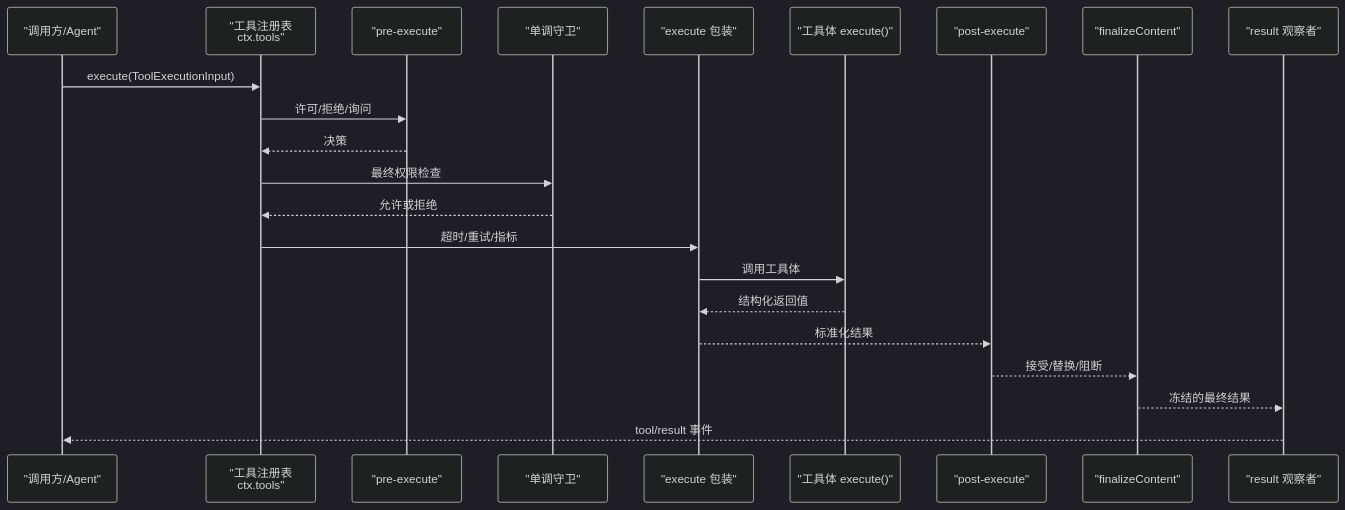
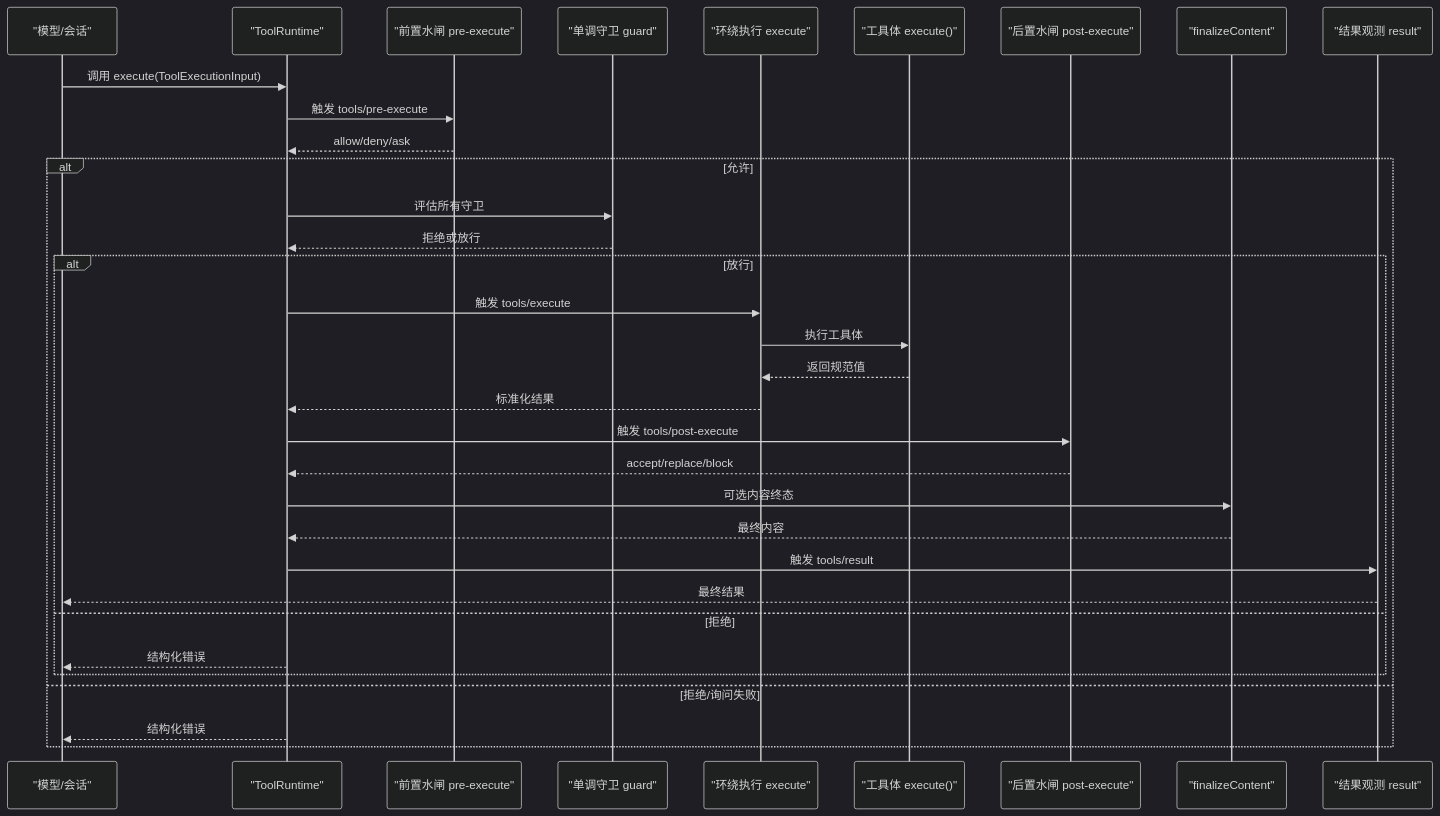
Before and after one commit to gongzili456/deepseek-harness: the second of 9 diagrams in .qoder/repowiki/zh/content/核心概念/工具系统.md, drawn with Mermaid (dark theme). The commit also changed other lines of this file and 1001 other files, not shown here.

````diff
--- a/.qoder/repowiki/zh/content/核心概念/工具系统.md
+++ b/.qoder/repowiki/zh/content/核心概念/工具系统.md
@@ -78,24 +98,35 @@
 ```mermaid
 sequenceDiagram
-participant M as "调用方/Agent"
-participant R as "工具注册表<br/>ctx.tools"
-participant P as "pre-execute"
-participant G as "单调守卫"
-participant X as "execute 包装"
+participant M as "模型/会话"
+participant R as "ToolRuntime"
+participant P as "前置水闸 pre-execute"
+participant G as "单调守卫 guard"
+participant X as "环绕执行 execute"
 participant T as "工具体 execute()"
-participant Q as "post-execute"
+participant Q as "后置水闸 post-execute"
 participant F as "finalizeContent"
-participant O as "result 观察者"
-M->>R : execute(ToolExecutionInput)
-R->>P : 许可/拒绝/询问
-P-->>R : 决策
-R->>G : 最终权限检查
-G-->>R : 允许或拒绝
-R->>X : 超时/重试/指标
-X->>T : 调用工具体
-T-->>X : 结构化返回值
-X-->>Q : 标准化结果
-Q-->>F : 接受/替换/阻断
-F-->>O : 冻结的最终结果
-O-->>M : tool/result 事件
+participant O as "结果观测 result"
+M->>R : 调用 execute(ToolExecutionInput)
+R->>P : 触发 tools/pre-execute
+P-->>R : allow/deny/ask
+alt 允许
+R->>G : 评估所有守卫
+G-->>R : 拒绝或放行
+alt 放行
+R->>X : 触发 tools/execute
+X->>T : 执行工具体
+T-->>X : 返回规范值
+X-->>R : 标准化结果
+R->>Q : 触发 tools/post-execute
+Q-->>R : accept/replace/block
+R->>F : 可选内容终态
+F-->>R : 最终内容
+R->>O : 触发 tools/result
+O-->>M : 最终结果
+else 拒绝
+R-->>M : 结构化错误
+end
+else 拒绝/询问失败
+R-->>M : 结构化错误
+end
 ```
````
